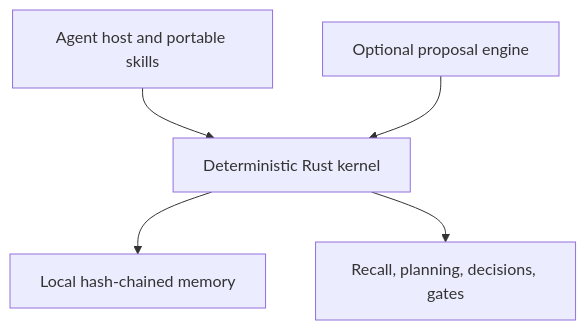
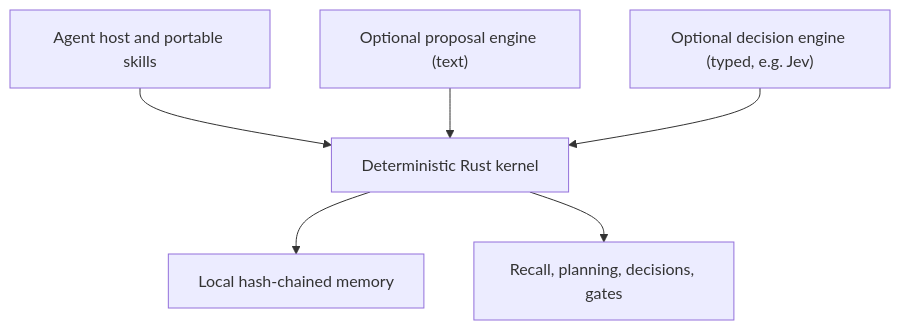
The diagram in README.md (CodeWithJuber/hikmah-stack), drawn with Mermaid before and after one commit. The commit also changed other lines of this file and 59 other files, not shown here.

````diff
--- a/README.md
+++ b/README.md
@@ -64,7 +67,8 @@
 ```mermaid
 flowchart TD
     H["Agent host and portable skills"] --> K["Deterministic Rust kernel"]
-    P["Optional proposal engine"] --> K
+    P["Optional proposal engine (text)"] --> K
+    D["Optional decision engine (typed, e.g. Jev)"] --> K
     K --> M["Local hash-chained memory"]
     K --> C["Recall, planning, decisions, gates"]
 ```
````
